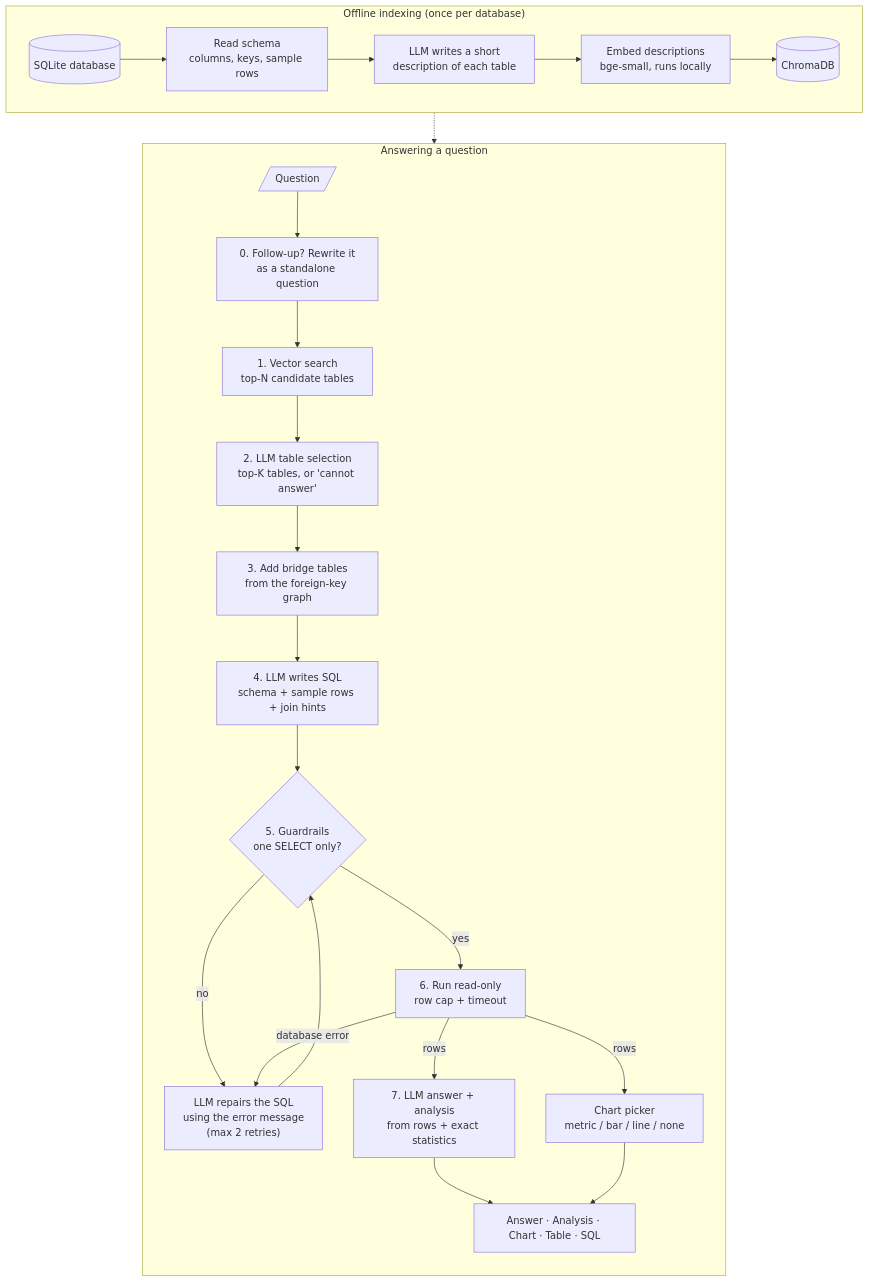
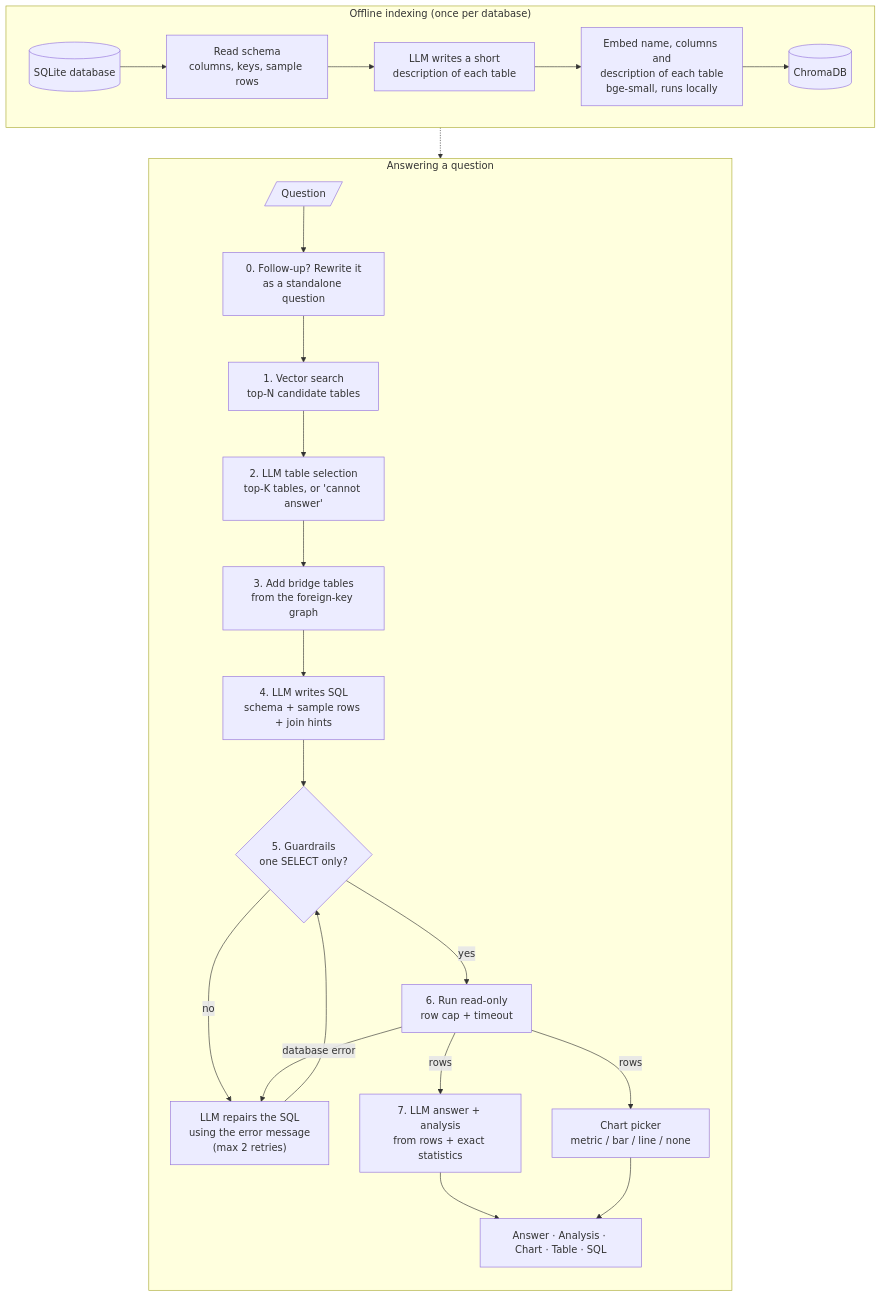
One commit to VinayakMokashi/text2sql-analyst changed the diagram in README.md. Above: the diagram before and after it, drawn with Mermaid. The commit also changed other lines of this file and 2 other files, not shown here.

````diff
--- a/README.md
+++ b/README.md
@@ -96,30 +104,30 @@
 ```mermaid
 flowchart TB
     subgraph OFF["Offline indexing (once per database)"]
         direction LR
         DB[(SQLite database)] --> SCH["Read schema<br/>columns, keys, sample rows"]
         SCH --> DESC["LLM writes a short<br/>description of each table"]
-        DESC --> EMB["Embed descriptions<br/>bge-small, runs locally"]
+        DESC --> EMB["Embed name, columns and<br/>description of each table<br/>bge-small, runs locally"]
         EMB --> VS[(ChromaDB)]
     end
 
     subgraph ON["Answering a question"]
         direction TB
         Q[/"Question"/] --> FU["0. Follow-up? Rewrite it<br/>as a standalone question"]
         FU --> RET["1. Vector search<br/>top-N candidate tables"]
         RET --> SEL["2. LLM table selection<br/>top-K tables, or 'cannot answer'"]
         SEL --> JOIN["3. Add bridge tables<br/>from the foreign-key graph"]
         JOIN --> GEN["4. LLM writes SQL<br/>schema + sample rows + join hints"]
         GEN --> GUARD{"5. Guardrails<br/>one SELECT only?"}
         GUARD -- yes --> EXEC["6. Run read-only<br/>row cap + timeout"]
         GUARD -- no --> FIX["LLM repairs the SQL<br/>using the error message<br/>(max 2 retries)"]
         EXEC -- database error --> FIX
         FIX --> GUARD
         EXEC -- rows --> ANA["7. LLM answer + analysis<br/>from rows + exact statistics"]
         EXEC -- rows --> CH["Chart picker<br/>metric / bar / line / none"]
         ANA --> UI["Answer · Analysis · Chart · Table · SQL"]
         CH --> UI
     end
 
     VS -.-> RET
 ```
````
